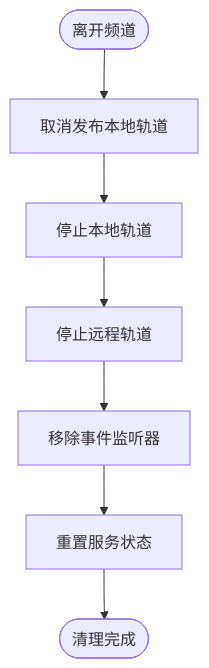
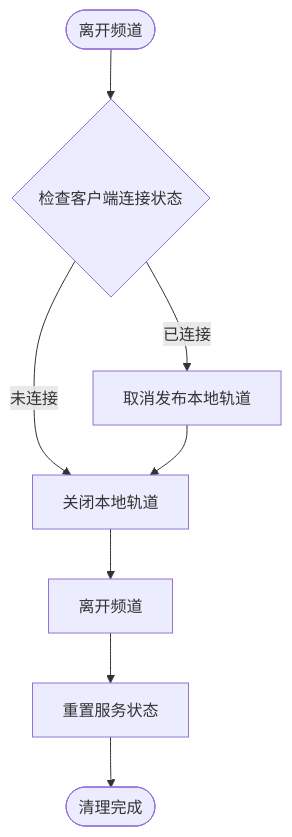
The seventh of 16 diagrams in .qoder/repowiki/zh/content/服务层/音视频服务 (RtcService).md (Easemob-Community/easemob-uikit-callkit-vue3), drawn with Mermaid before and after one commit. The commit also changed other lines of this file and 6 other files, not shown here.

````diff
--- a/.qoder/repowiki/zh/content/服务层/音视频服务 (RtcService).md
+++ b/.qoder/repowiki/zh/content/服务层/音视频服务 (RtcService).md
@@ -275,9 +339,10 @@
 ```mermaid
 flowchart TD
-Leave([离开频道]) --> Unpublish["取消发布本地轨道"]
-Unpublish --> StopTracks["停止本地轨道"]
-StopTracks --> StopRemoteTracks["停止远程轨道"]
-StopRemoteTracks --> RemoveListeners["移除事件监听器"]
-RemoveListeners --> ResetState["重置服务状态"]
+Leave([离开频道]) --> CheckClientState{"检查客户端连接状态"}
+CheckClientState --> |已连接| Unpublish["取消发布本地轨道"]
+CheckClientState --> |未连接| CloseLocalTracks["关闭本地轨道"]
+Unpublish --> CloseLocalTracks
+CloseLocalTracks --> LeaveChannel["离开频道"]
+LeaveChannel --> ResetState["重置服务状态"]
 ResetState --> CleanupComplete([清理完成])
 ```
````
